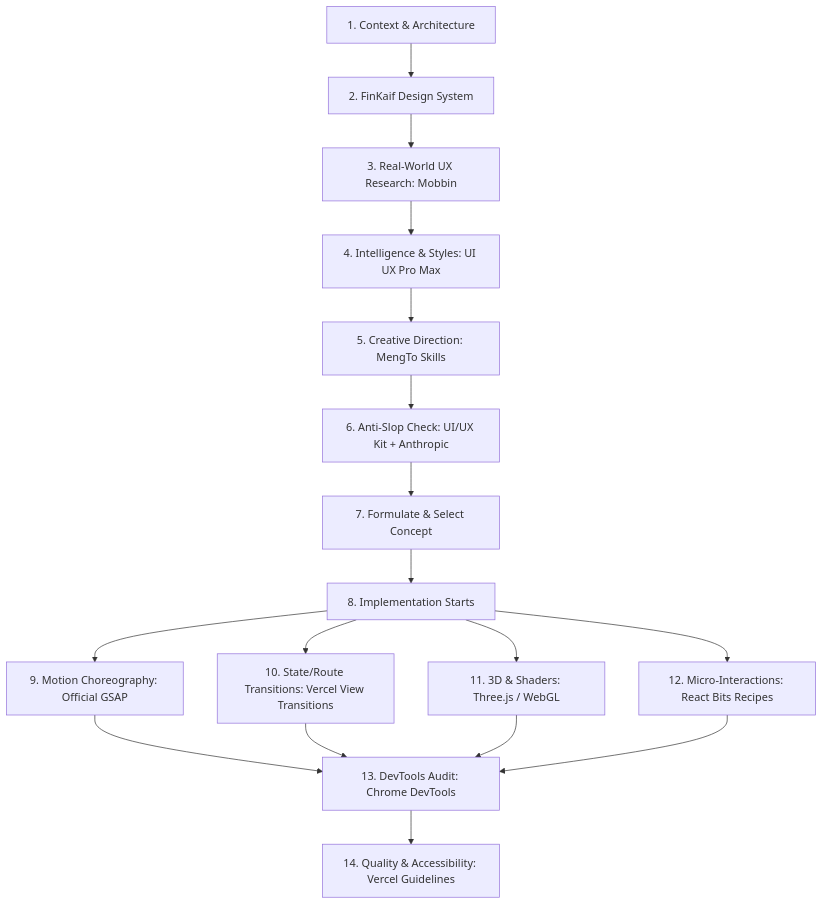
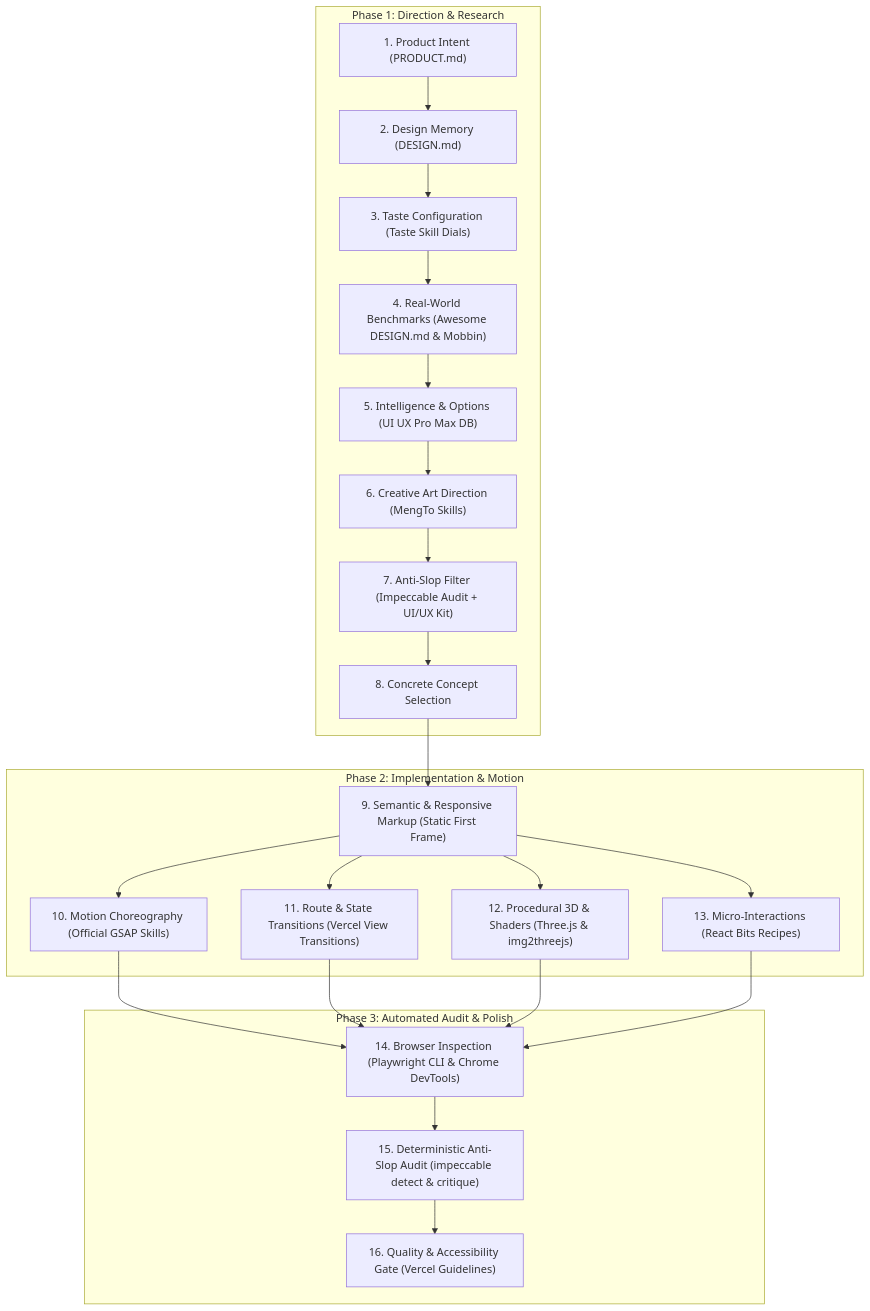
The diagram in DESIGN_STACK.md (nikitakoncik34-stack/FinKaif-7), drawn with Mermaid before and after one commit. The commit also changed other lines of this file, not shown here.

Commit message:
FinKaif OS v8.18: Protocol Design, 3D Avatars, Neural Living Core & Impeccable 0-slop

````diff
--- a/DESIGN_STACK.md
+++ b/DESIGN_STACK.md
@@ -17,16 +22,26 @@
 ```mermaid
 flowchart TD
-    Step1[1. Context & Architecture] --> Step2[2. FinKaif Design System]
-    Step2 --> Step3[3. Real-World UX Research: Mobbin]
-    Step3 --> Step4[4. Intelligence & Styles: UI UX Pro Max]
-    Step4 --> Step5[5. Creative Direction: MengTo Skills]
-    Step5 --> Step6[6. Anti-Slop Check: UI/UX Kit + Anthropic]
-    Step6 --> Step7[7. Formulate & Select Concept]
-    Step7 --> Step8[8. Implementation Starts]
-    Step8 --> Step9[9. Motion Choreography: Official GSAP]
-    Step8 --> Step10[10. State/Route Transitions: Vercel View Transitions]
-    Step8 --> Step11[11. 3D & Shaders: Three.js / WebGL]
-    Step8 --> Step12[12. Micro-Interactions: React Bits Recipes]
-    Step9 & Step10 & Step11 & Step12 --> Step13[13. DevTools Audit: Chrome DevTools]
-    Step13 --> Step14[14. Quality & Accessibility: Vercel Guidelines]
+    subgraph Phase1["Phase 1: Direction & Research"]
+        S1["1. Product Intent (PRODUCT.md)"] --> S2["2. Design Memory (DESIGN.md)"]
+        S2 --> S3["3. Taste Configuration (Taste Skill Dials)"]
+        S3 --> S4["4. Real-World Benchmarks (Awesome DESIGN.md & Mobbin)"]
+        S4 --> S5["5. Intelligence & Options (UI UX Pro Max DB)"]
+        S5 --> S6["6. Creative Art Direction (MengTo Skills)"]
+        S6 --> S7["7. Anti-Slop Filter (Impeccable Audit + UI/UX Kit)"]
+        S7 --> S8["8. Concrete Concept Selection"]
+    end
+
+    subgraph Phase2["Phase 2: Implementation & Motion"]
+        S8 --> S9["9. Semantic & Responsive Markup (Static First Frame)"]
+        S9 --> S10["10. Motion Choreography (Official GSAP Skills)"]
+        S9 --> S11["11. Route & State Transitions (Vercel View Transitions)"]
+        S9 --> S12["12. Procedural 3D & Shaders (Three.js & img2threejs)"]
+        S9 --> S13["13. Micro-Interactions (React Bits Recipes)"]
+    end
+
+    subgraph Phase3["Phase 3: Automated Audit & Polish"]
+        S10 & S11 & S12 & S13 --> S14["14. Browser Inspection (Playwright CLI & Chrome DevTools)"]
+        S14 --> S15["15. Deterministic Anti-Slop Audit (impeccable detect & critique)"]
+        S15 --> S16["16. Quality & Accessibility Gate (Vercel Guidelines)"]
+    end
 ```
````
